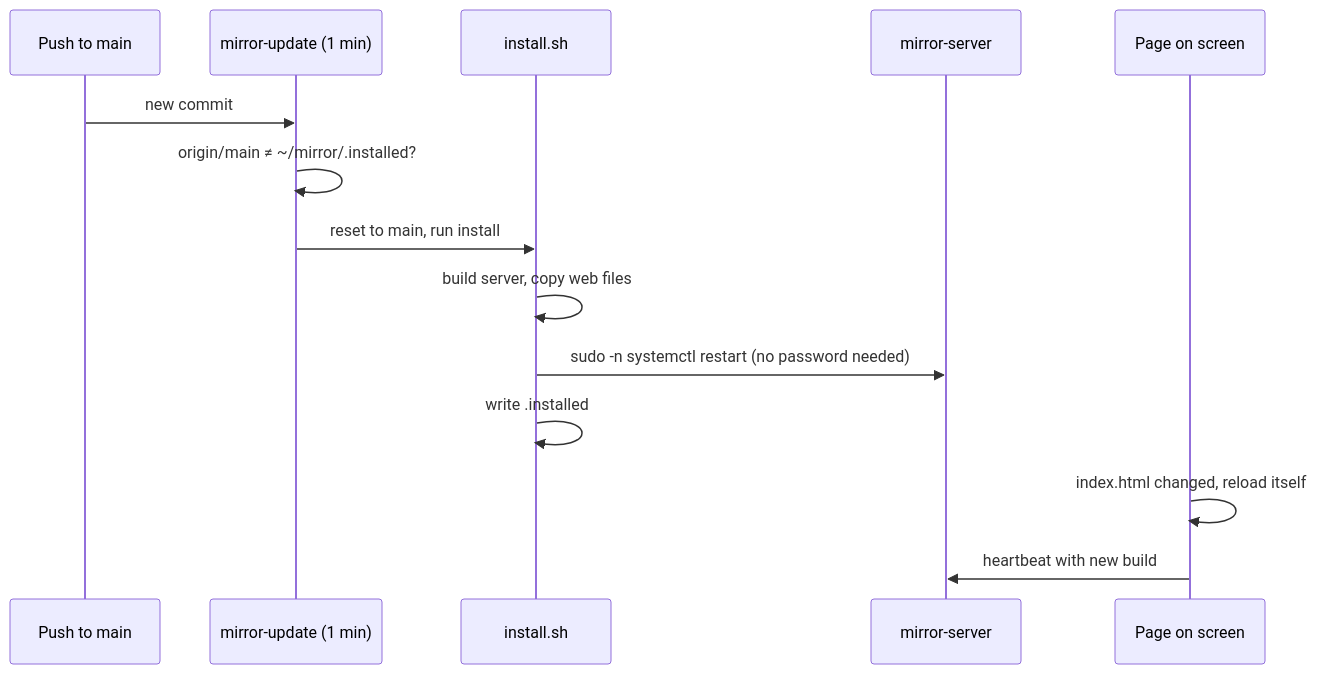
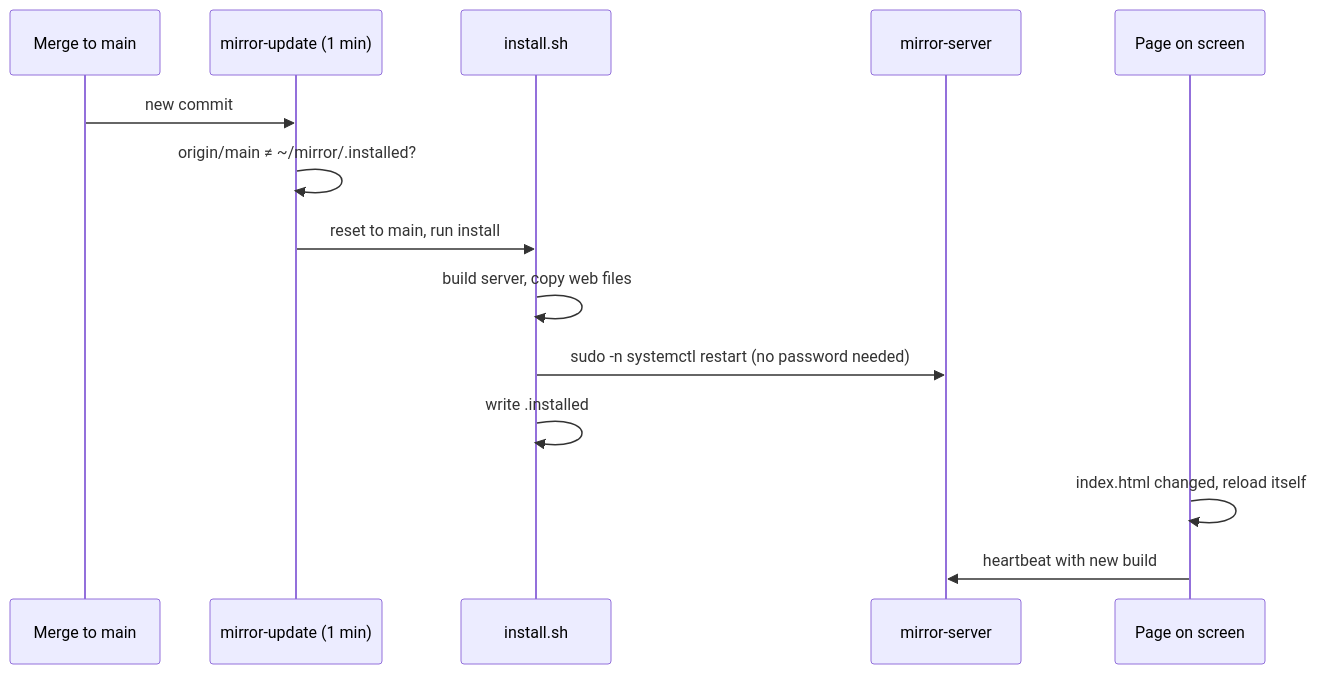
The fifth of 5 diagrams in README.md (Haugf/Coconut-Kitchen), drawn with Mermaid before and after one commit. The commit also changed other lines of this file and 8 other files, not shown here.

````diff
--- a/README.md
+++ b/README.md
@@ -84,16 +214,16 @@
 ```mermaid
 sequenceDiagram
-    participant You as Push to main
+    participant You as Merge to main
     participant T as mirror-update (1 min)
     participant I as install.sh
     participant S as mirror-server
     participant P as Page on screen
     You->>T: new commit
     T->>T: origin/main ≠ ~/mirror/.installed?
     T->>I: reset to main, run install
     I->>I: build server, copy web files
     I->>S: sudo -n systemctl restart (no password needed)
     I->>I: write .installed
     P->>P: index.html changed, reload itself
     P->>S: heartbeat with new build
 ```
````
